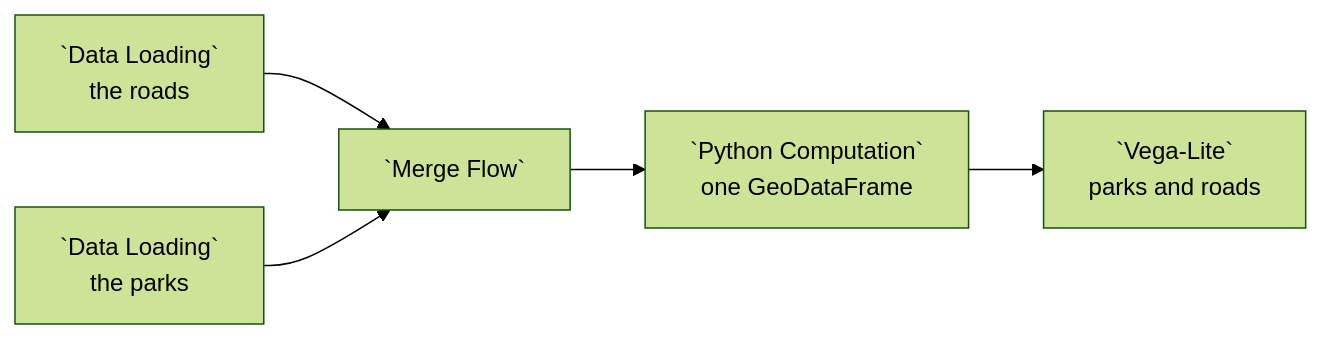
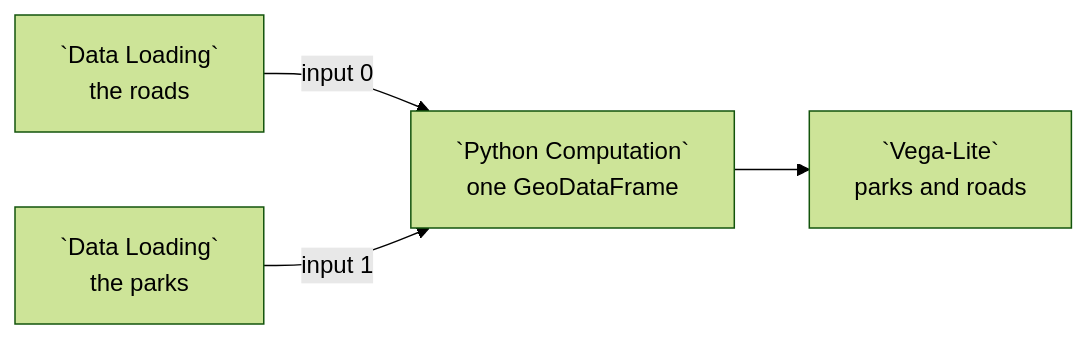
The diagram in docs/examples/23-storage-folder-of-different-files.md (urban-toolkit/curio), drawn with Mermaid (forest theme) before and after one commit. The commit also changed other lines of this file and 15 other files, not shown here.

Commit message:
Docs and walkthroughs wire flows straight into a node with several inputs

````diff
--- a/docs/examples/23-storage-folder-of-different-files.md
+++ b/docs/examples/23-storage-folder-of-different-files.md
@@ -27,7 +27,6 @@
 ```mermaid
 flowchart LR
-  R[`Data Loading`<br/>the roads] --> M[`Merge Flow`]
-  P[`Data Loading`<br/>the parks] --> M
-  M --> C[`Python Computation`<br/>one GeoDataFrame]
+  R[`Data Loading`<br/>the roads] -->|input 0| C[`Python Computation`<br/>one GeoDataFrame]
+  P[`Data Loading`<br/>the parks] -->|input 1| C
   C --> V[`Vega-Lite`<br/>parks and roads]
 ```
````
